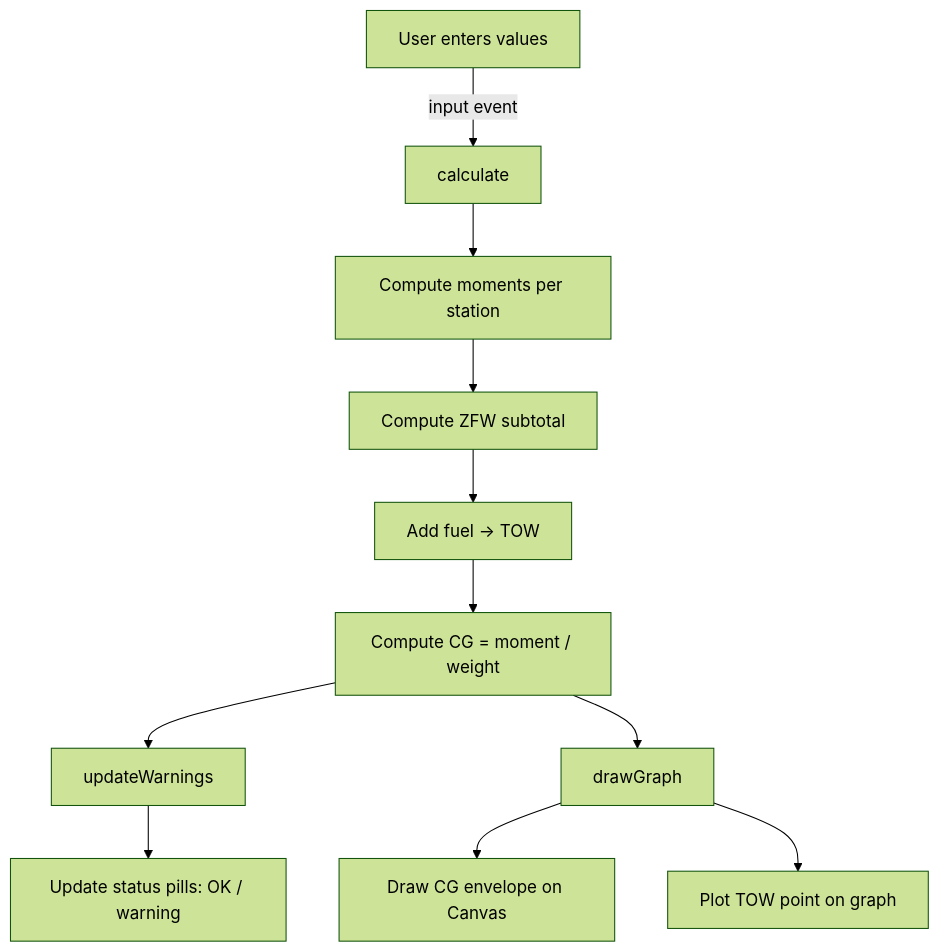
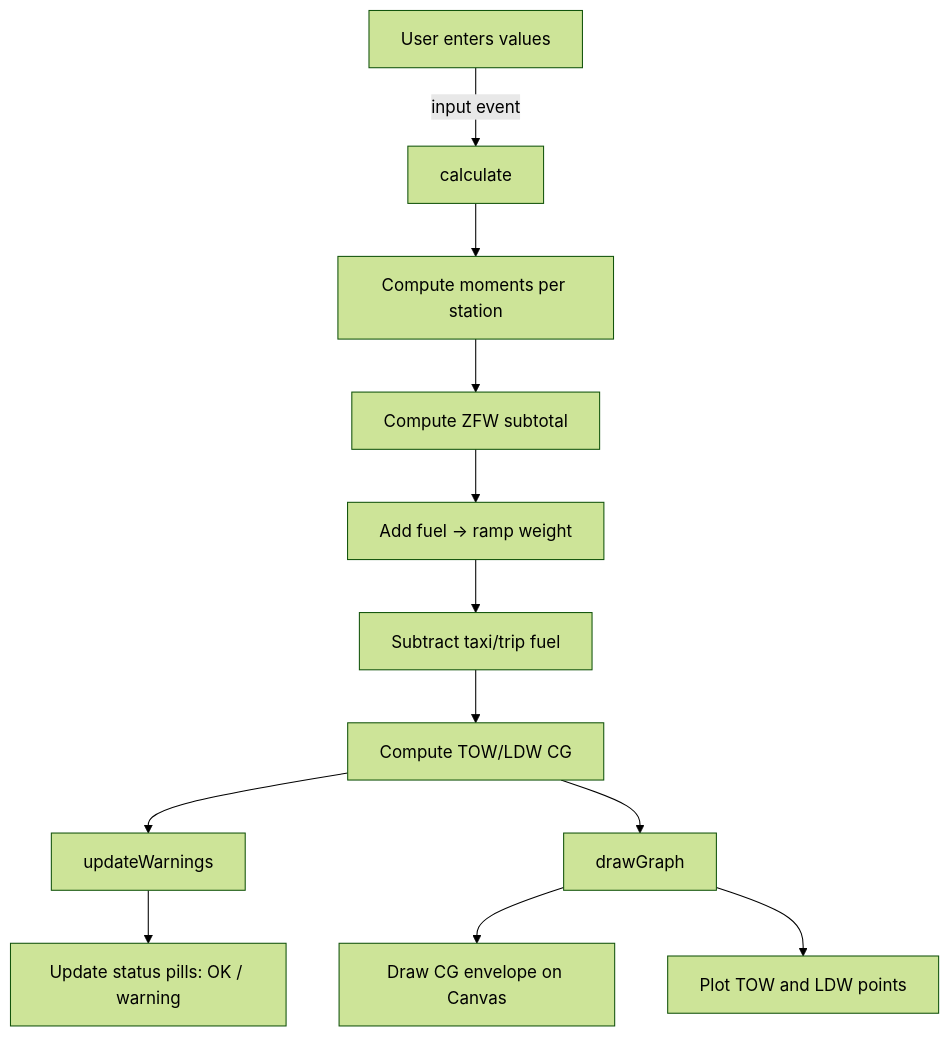
The second of 3 diagrams in docs/architecture.md (maartengoet/phgys-wb), drawn with Mermaid (forest theme) before and after one commit. The commit also changed other lines of this file and 12 other files, not shown here.

````diff
--- a/docs/architecture.md
+++ b/docs/architecture.md
@@ -56,13 +56,14 @@
 ```mermaid
 flowchart TD
     A[User enters values] -->|input event| B[calculate]
     B --> C[Compute moments per station]
     C --> D[Compute ZFW subtotal]
-    D --> E[Add fuel → TOW]
-    E --> F[Compute CG = moment / weight]
-    F --> G[updateWarnings]
-    F --> H[drawGraph]
-    G --> I[Update status pills: OK / warning]
-    H --> J[Draw CG envelope on Canvas]
-    H --> K[Plot TOW point on graph]
+    D --> E[Add fuel → ramp weight]
+    E --> F[Subtract taxi/trip fuel]
+    F --> G[Compute TOW/LDW CG]
+    G --> H[updateWarnings]
+    G --> I[drawGraph]
+    H --> J[Update status pills: OK / warning]
+    I --> K[Draw CG envelope on Canvas]
+    I --> L[Plot TOW and LDW points]
 ```
````
